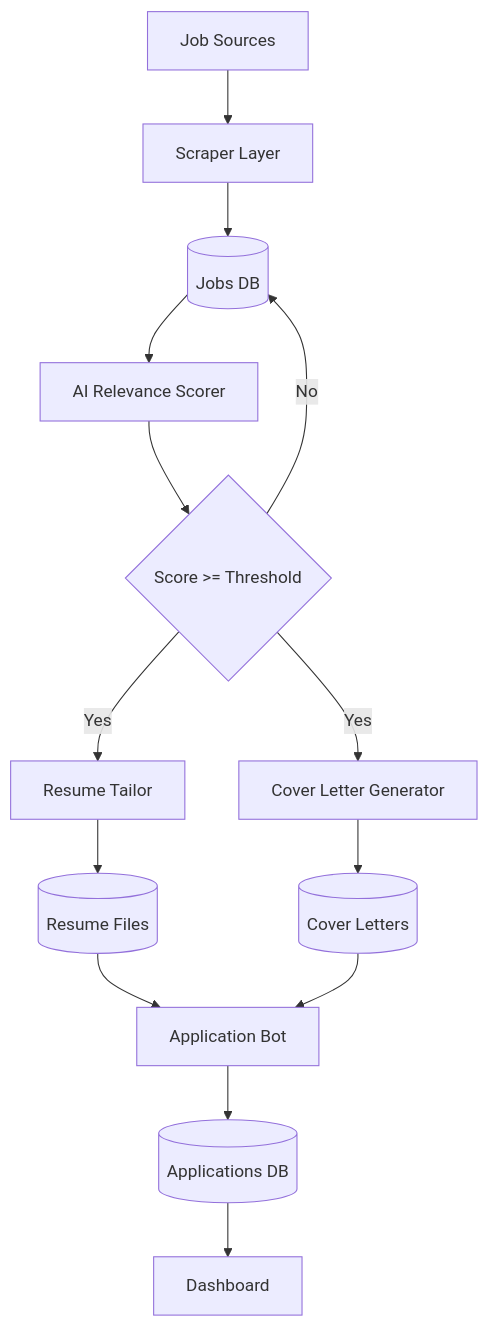
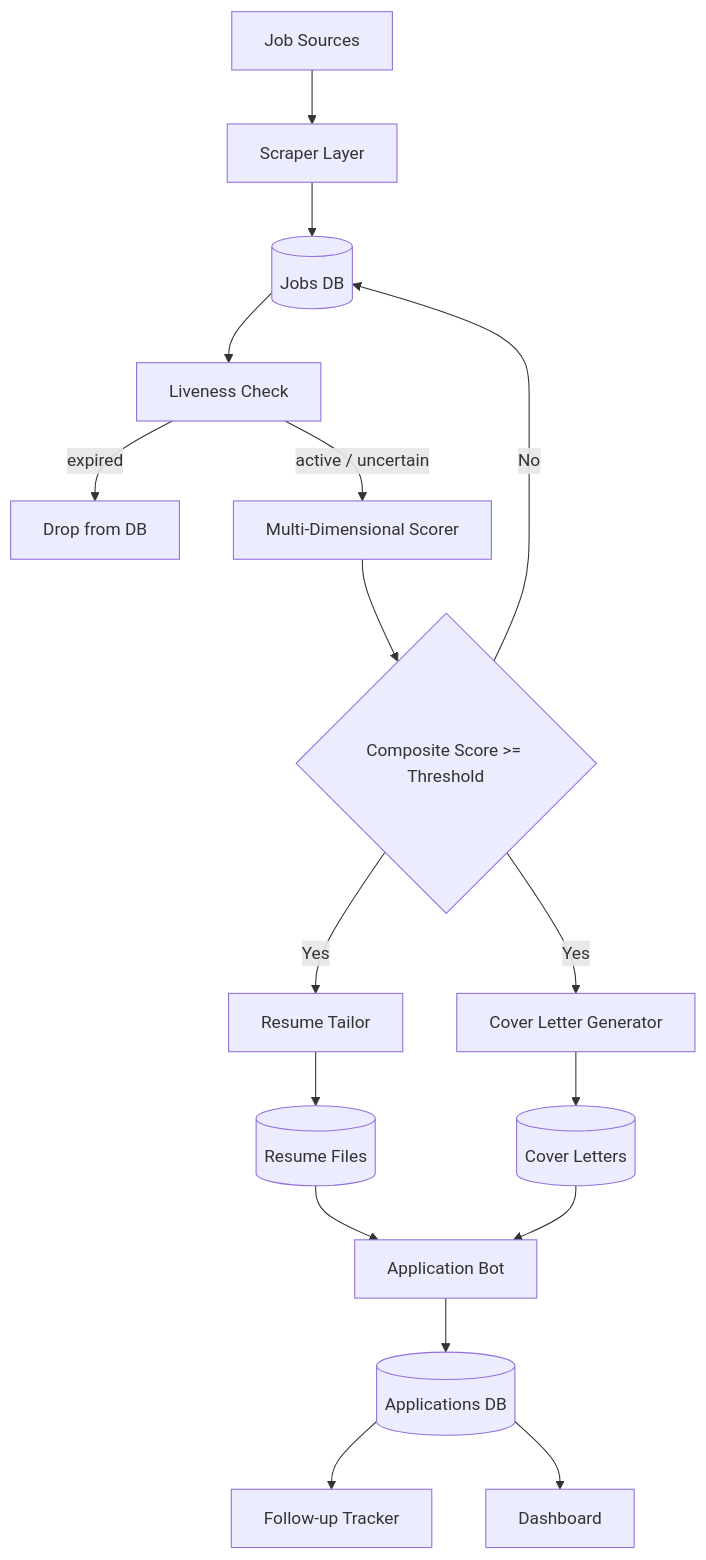
One commit to jaimalharsk/dev-lab changed the diagram in experiments/local-ai/remote-job-autoapply-mvp/README.md. Above: the diagram before and after it, drawn with Mermaid. The commit also changed other lines of this file, not shown here.

Commit message:
docs(remote-job-mvp): update README for structured output pipeline, liveness check, multi-dim scoring

````diff
--- a/experiments/local-ai/remote-job-autoapply-mvp/README.md
+++ b/experiments/local-ai/remote-job-autoapply-mvp/README.md
@@ -12,22 +9,24 @@
 ```mermaid
 flowchart TD
     A[Job Sources] --> B[Scraper Layer]
     B --> C[(Jobs DB)]
 
-    C --> D[AI Relevance Scorer]
-    D --> E{Score >= Threshold}
+    C --> D[Liveness Check]
+    D -->|expired| X[Drop from DB]
+    D -->|active / uncertain| E[Multi-Dimensional Scorer]
 
-    E -->|No| C
-    E -->|Yes| F[Resume Tailor]
-    E -->|Yes| G[Cover Letter Generator]
+    E --> F{Composite Score >= Threshold}
+    F -->|No| C
+    F -->|Yes| G[Resume Tailor]
+    F -->|Yes| H[Cover Letter Generator]
 
-    F --> H[(Resume Files)]
-    G --> I[(Cover Letters)]
+    G --> I[(Resume Files)]
+    H --> J[(Cover Letters)]
 
-    H --> J[Application Bot]
-    I --> J
+    I --> K[Application Bot]
+    J --> K
 
-    J --> K[(Applications DB)]
-
-    K --> L[Dashboard]
+    K --> L[(Applications DB)]
+    L --> M[Follow-up Tracker]
+    L --> N[Dashboard]
 ```
````
